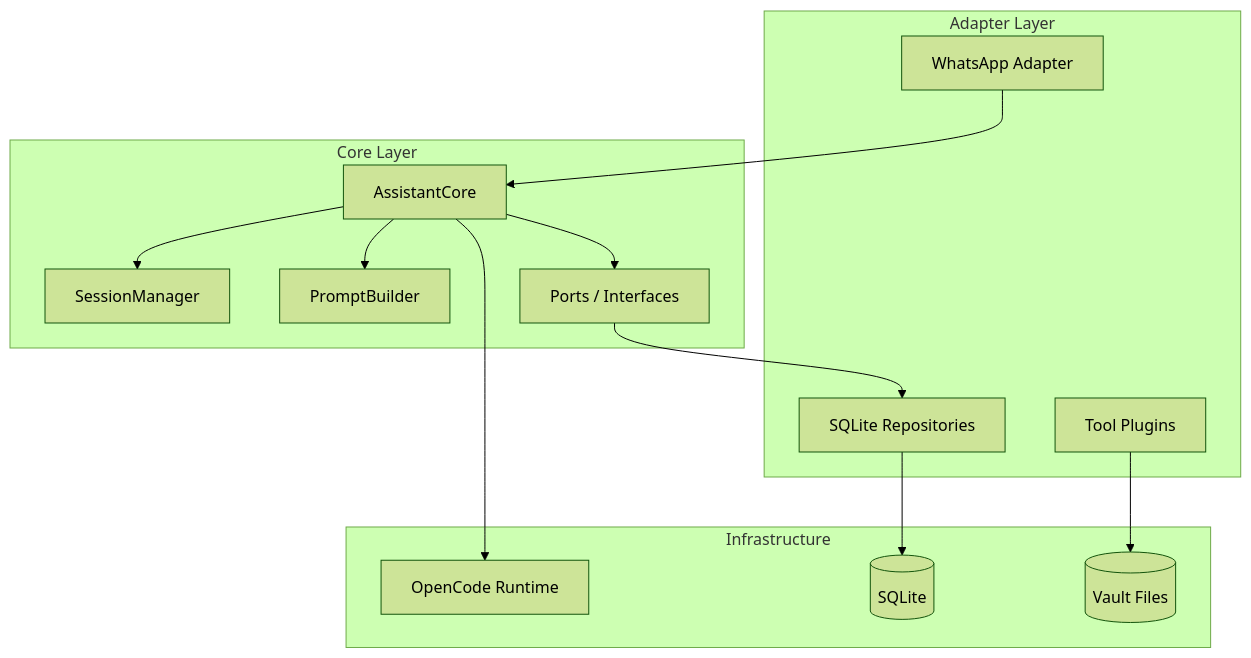
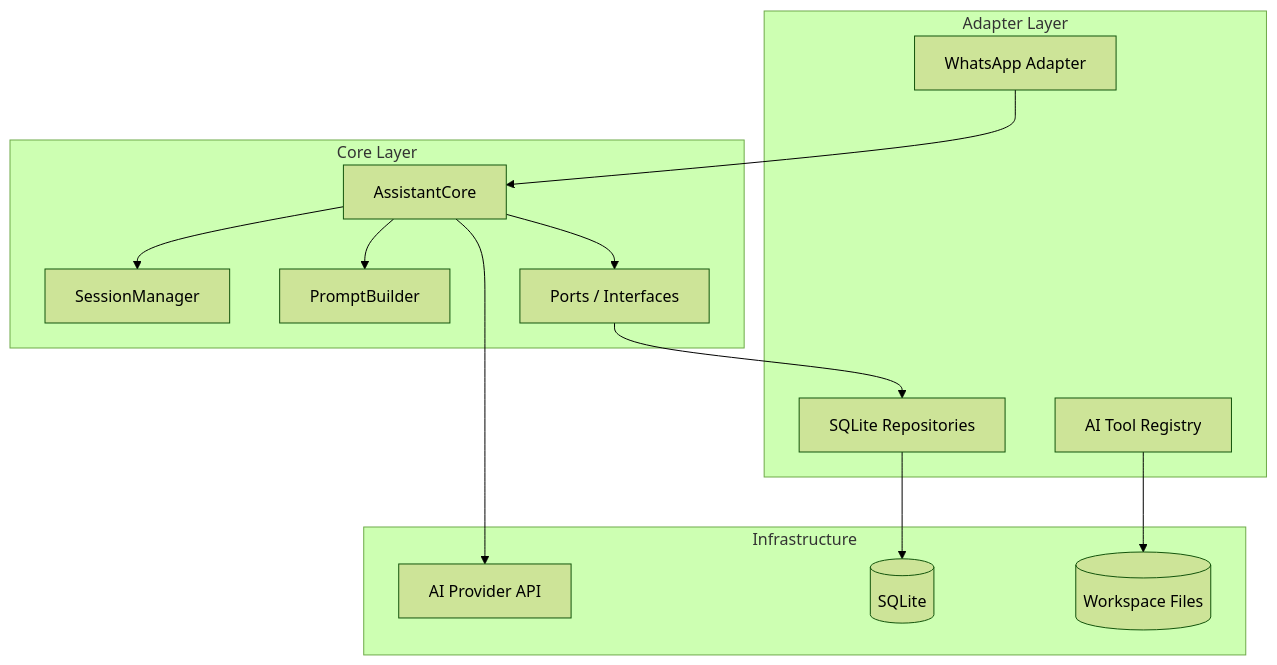
The third of 3 diagrams in docs/architecture/system-overview.md (alexradunet/pocketbrain), drawn with Mermaid (forest theme) before and after one commit. The commit also changed other lines of this file and 29 other files, not shown here.

````diff
--- a/docs/architecture/system-overview.md
+++ b/docs/architecture/system-overview.md
@@ -64,30 +65,30 @@
 ```mermaid
 flowchart TB
   subgraph Core[Core Layer]
     AC[AssistantCore]
     SM[SessionManager]
     PB[PromptBuilder]
     Ports[Ports / Interfaces]
   end
 
   subgraph Adapters[Adapter Layer]
     WA[WhatsApp Adapter]
     Repos[SQLite Repositories]
-    Plugins[Tool Plugins]
+    Tools[AI Tool Registry]
   end
 
   subgraph Infra[Infrastructure]
-    OC[OpenCode Runtime]
+    AI[AI Provider API]
     SQL[(SQLite)]
-    VF[(Vault Files)]
+    WS[(Workspace Files)]
   end
 
   WA --> AC
   AC --> SM
   AC --> PB
   AC --> Ports
   Ports --> Repos
-  Plugins --> VF
+  Tools --> WS
   Repos --> SQL
-  AC --> OC
+  AC --> AI
 ```
````
